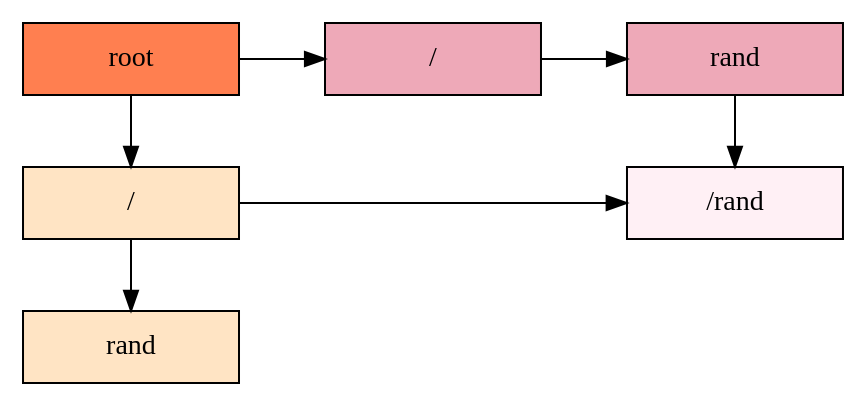
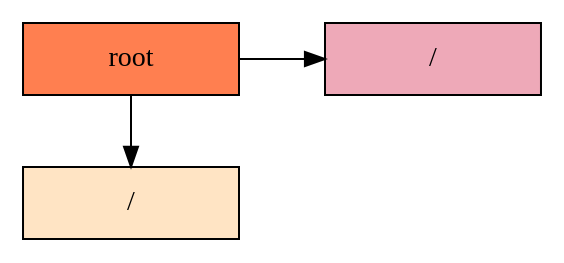
Before and after one commit to JPineda12/EDD_2S2019_PY2_201404405: the diagram in Reports/MatrizAdy.dot, drawn with Graphviz. The commit also changed 73 other files, not shown here.

```diff
--- a/Reports/MatrizAdy.dot
+++ b/Reports/MatrizAdy.dot
@@ -1,41 +1,29 @@
 digraph Matrix{
     node [shape=box]
     graph [ranksep="0.5", nodesep="0.6"];
     /* Group 0 para alinear verticalmente RAIZ*/ 
     root[label = "root", width = 1.5, style = filled, fillcolor = coral, group = 0];
 
     //Filas
     Fila0 [label = "/" width = 1.5 style = filled, fillcolor = bisque1, group = 0];
-    Fila1 [label = "rand" width = 1.5 style = filled, fillcolor = bisque1, group = 0];
 
   //Enlaces de filas
-    Fila0->Fila1
 
   //Columnas
     Column0[label ="/" width = 1.5 style = filled, fillcolor = pink2, group = 1];
-    Column1[label ="rand" width = 1.5 style = filled, fillcolor = pink2, group = 2];
 
 
     //Enlaces de columnas
-    Column0->Column1
 
   //Alinear Raiz con columnas
-    {rank = same; root; Column0; Column1;};
+    {rank = same; root; Column0;};
 
       //Enlaces Raiz con primera fila y column
     root->Column0;
     root->Fila0;
     //(^<---------------------- F I L A   0---------------------->
-    N1_F0 [label = "/rand" width = 1.5 group = 2 style = filled, fillcolor = lavenderblush1];
-
-    //(^<---------------------- F I L A   1---------------------->
 
     //E N L A C E S  F I L A   0
-    Column1->N1_F0;
-    Fila0->N1_F0;
-    {rank = same; Fila0; N1_F0; };
-
-    //E N L A C E S  F I L A   1
-    {rank = same; Fila1; };
+    {rank = same; Fila0; };
 
 }
```
